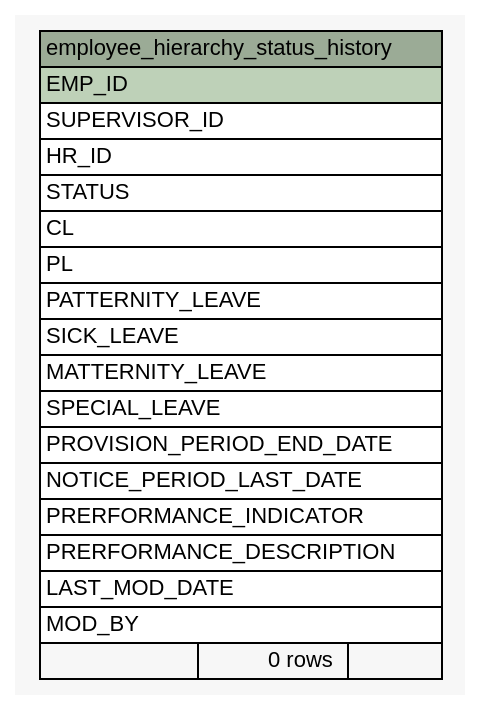
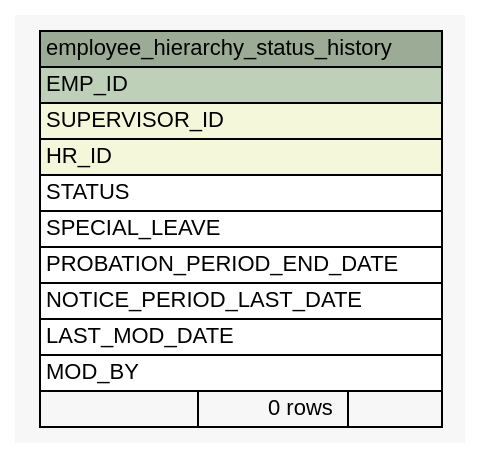
Before and after one commit to engineerscraft/hrms: the diagram in docs/database/schemaspy/graphs/summary/employee_hierarchy_status_history.1degree.dot, drawn with Graphviz. The commit also changed 201 other files, not shown here.

```diff
--- a/docs/database/schemaspy/graphs/summary/employee_hierarchy_status_history.1degree.dot
+++ b/docs/database/schemaspy/graphs/summary/employee_hierarchy_status_history.1degree.dot
@@ -1,40 +1,33 @@
 // dot 2.38.0 on Windows 7 6.1
 digraph "employee_hierarchy_status_history" {
   graph [
     rankdir="RL"
     bgcolor="#f7f7f7"
   ];
   node [
     fontname="Helvetica"
     fontsize="11"
     shape="plaintext"
   ];
   edge [
     arrowsize="0.8"
   ];
   "employee_hierarchy_status_history" [
     label=<
     <TABLE BORDER="0" CELLBORDER="1" CELLSPACING="0" BGCOLOR="#ffffff">
       <TR><TD PORT="employee_hierarchy_status_history.heading" COLSPAN="3" BGCOLOR="#9bab96" ALIGN="CENTER">employee_hierarchy_status_history</TD></TR>
       <TR><TD PORT="EMP_ID" COLSPAN="3" BGCOLOR="#bed1b8" ALIGN="LEFT">EMP_ID</TD></TR>
-      <TR><TD PORT="SUPERVISOR_ID" COLSPAN="3" ALIGN="LEFT">SUPERVISOR_ID</TD></TR>
-      <TR><TD PORT="HR_ID" COLSPAN="3" ALIGN="LEFT">HR_ID</TD></TR>
+      <TR><TD PORT="SUPERVISOR_ID" COLSPAN="3" BGCOLOR="#f4f7da" ALIGN="LEFT">SUPERVISOR_ID</TD></TR>
+      <TR><TD PORT="HR_ID" COLSPAN="3" BGCOLOR="#f4f7da" ALIGN="LEFT">HR_ID</TD></TR>
       <TR><TD PORT="STATUS" COLSPAN="3" ALIGN="LEFT">STATUS</TD></TR>
-      <TR><TD PORT="CL" COLSPAN="3" ALIGN="LEFT">CL</TD></TR>
-      <TR><TD PORT="PL" COLSPAN="3" ALIGN="LEFT">PL</TD></TR>
-      <TR><TD PORT="PATTERNITY_LEAVE" COLSPAN="3" ALIGN="LEFT">PATTERNITY_LEAVE</TD></TR>
-      <TR><TD PORT="SICK_LEAVE" COLSPAN="3" ALIGN="LEFT">SICK_LEAVE</TD></TR>
-      <TR><TD PORT="MATTERNITY_LEAVE" COLSPAN="3" ALIGN="LEFT">MATTERNITY_LEAVE</TD></TR>
       <TR><TD PORT="SPECIAL_LEAVE" COLSPAN="3" ALIGN="LEFT">SPECIAL_LEAVE</TD></TR>
-      <TR><TD PORT="PROVISION_PERIOD_END_DATE" COLSPAN="3" ALIGN="LEFT">PROVISION_PERIOD_END_DATE</TD></TR>
+      <TR><TD PORT="PROBATION_PERIOD_END_DATE" COLSPAN="3" ALIGN="LEFT">PROBATION_PERIOD_END_DATE</TD></TR>
       <TR><TD PORT="NOTICE_PERIOD_LAST_DATE" COLSPAN="3" ALIGN="LEFT">NOTICE_PERIOD_LAST_DATE</TD></TR>
-      <TR><TD PORT="PRERFORMANCE_INDICATOR" COLSPAN="3" ALIGN="LEFT">PRERFORMANCE_INDICATOR</TD></TR>
-      <TR><TD PORT="PRERFORMANCE_DESCRIPTION" COLSPAN="3" ALIGN="LEFT">PRERFORMANCE_DESCRIPTION</TD></TR>
       <TR><TD PORT="LAST_MOD_DATE" COLSPAN="3" ALIGN="LEFT">LAST_MOD_DATE</TD></TR>
       <TR><TD PORT="MOD_BY" COLSPAN="3" ALIGN="LEFT">MOD_BY</TD></TR>
       <TR><TD ALIGN="LEFT" BGCOLOR="#f7f7f7">  </TD><TD ALIGN="RIGHT" BGCOLOR="#f7f7f7">0 rows</TD><TD ALIGN="RIGHT" BGCOLOR="#f7f7f7">  </TD></TR>
     </TABLE>>
     URL="tables/employee_hierarchy_status_history.html#"
     tooltip="employee_hierarchy_status_history"
   ];
 }
```
